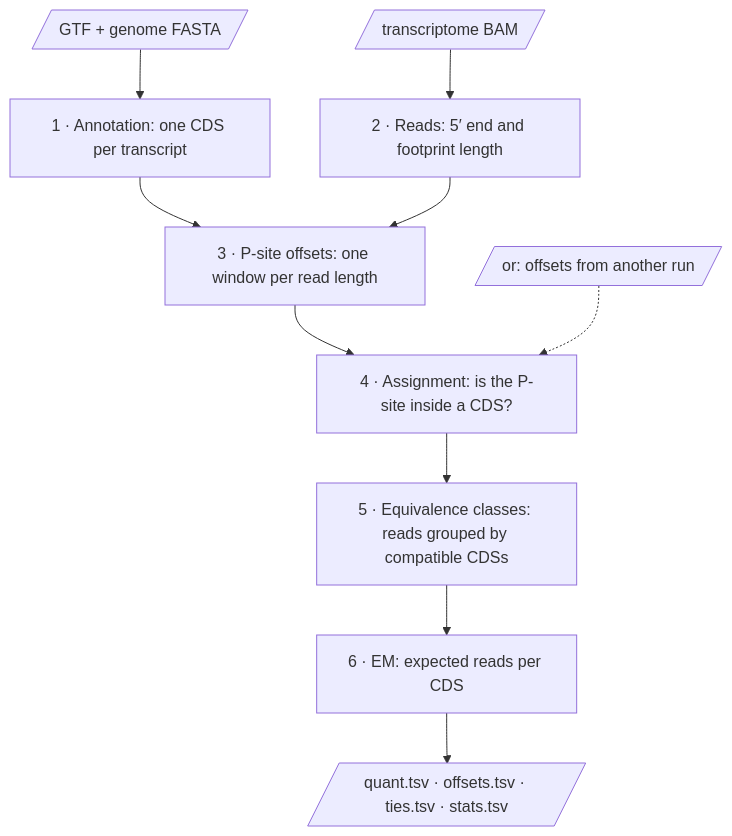
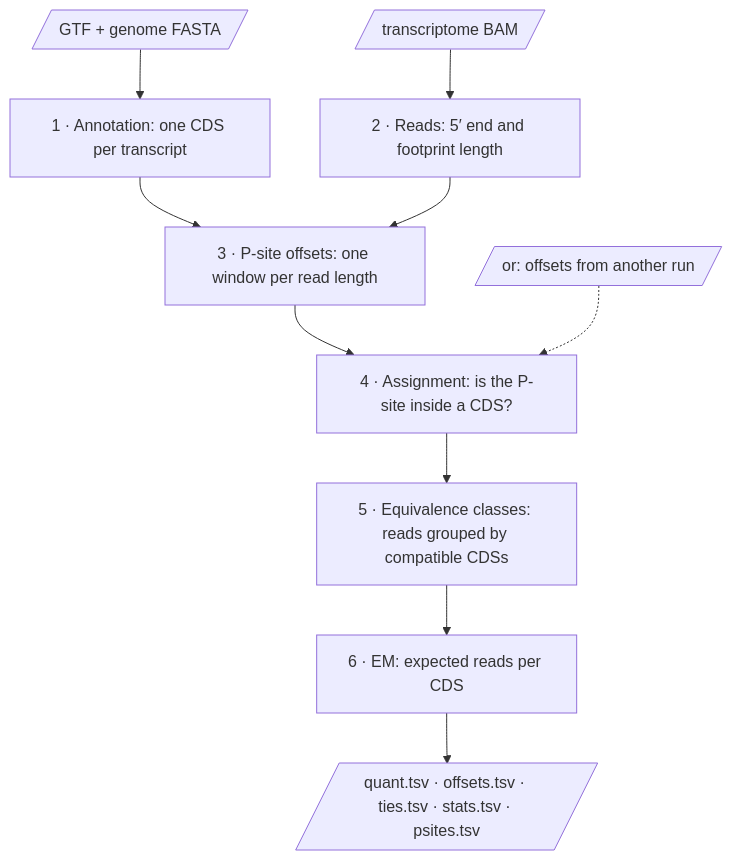
The diagram in docs/method.md (katarinagresova/ribokit), drawn with Mermaid before and after one commit. The commit also changed other lines of this file, not shown here.

Commit message:
docs: add quant's psites.tsv to the method page

````diff
--- a/docs/method.md
+++ b/docs/method.md
@@ -22,12 +22,12 @@
 ```mermaid
 flowchart TB
     gtf[/"GTF + genome FASTA"/] --> anno["1 · Annotation: one CDS per transcript"]
     bam[/"transcriptome BAM"/] --> reads["2 · Reads: 5′ end and footprint length"]
     anno --> off["3 · P-site offsets: one window per read length"]
     reads --> off
     off --> assign["4 · Assignment: is the P-site inside a CDS?"]
     given[/"or: offsets from another run"/] -.-> assign
     assign --> ec["5 · Equivalence classes: reads grouped by compatible CDSs"]
     ec --> em["6 · EM: expected reads per CDS"]
-    em --> out[/"quant.tsv · offsets.tsv · ties.tsv · stats.tsv"/]
+    em --> out[/"quant.tsv · offsets.tsv · ties.tsv · stats.tsv · psites.tsv"/]
 ```
````
